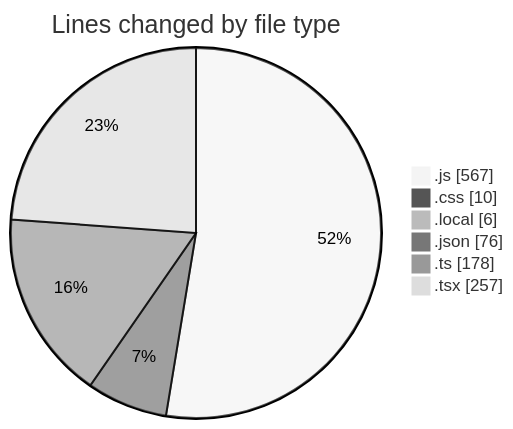
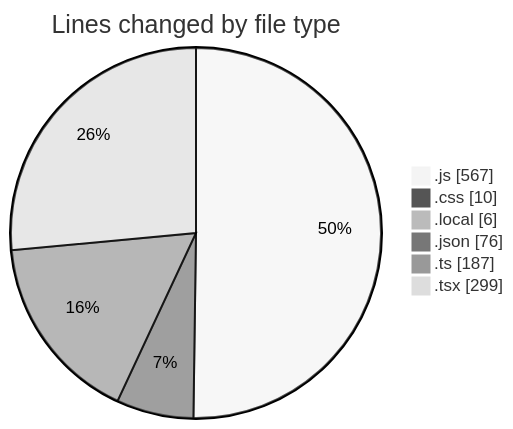
One commit to Ritupan-Deka/code-tracking changed the first of 2 diagrams in 2025-05-04/houserentalservice/README.md. Above: the diagram before and after it, drawn with Mermaid (neutral theme). The commit also changed other lines of this file and 1 other file, not shown here.

````diff
--- a/2025-05-04/houserentalservice/README.md
+++ b/2025-05-04/houserentalservice/README.md
@@ -50,10 +51,10 @@
 ```mermaid
 pie showData
 title Lines changed by file type
 ".js" : 567
 ".css" : 10
 ".local" : 6
 ".json" : 76
-".ts" : 178
-".tsx" : 257
+".ts" : 187
+".tsx" : 299
 ```
````
